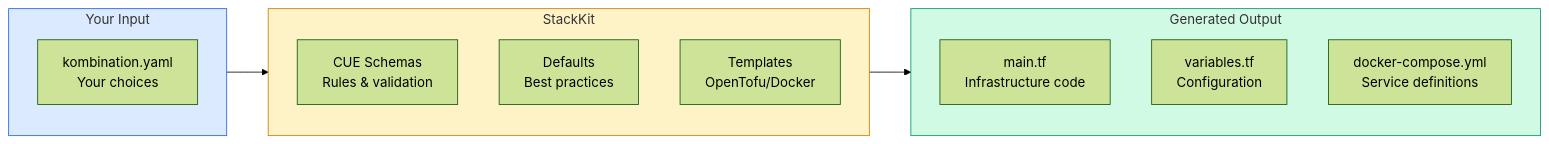
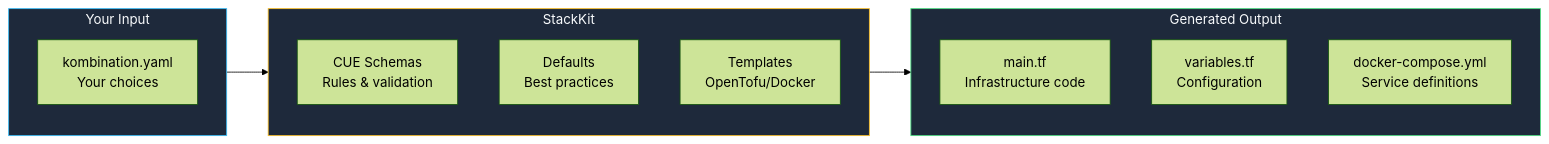
The first of 3 diagrams in stackkits/overview.mdx (KombiverseLabs/docs), drawn with Mermaid (forest theme) before and after one commit. The commit also changed other lines of this file and 33 other files, not shown here.

````diff
--- a/stackkits/overview.mdx
+++ b/stackkits/overview.mdx
@@ -13,25 +13,25 @@
 ```mermaid
 graph LR
     subgraph Input["Your Input"]
         YI["kombination.yaml<br/>Your choices"]
     end
     
     subgraph StackKit["StackKit"]
         CUE["CUE Schemas<br/>Rules & validation"]
         Defaults["Defaults<br/>Best practices"]
         Templates["Templates<br/>OpenTofu/Docker"]
     end
     
     subgraph Output["Generated Output"]
         TF["main.tf<br/>Infrastructure code"]
         Vars["variables.tf<br/>Configuration"]
         Compose["docker-compose.yml<br/>Service definitions"]
     end
     
     Input --> StackKit
     StackKit --> Output
     
-    style Input fill:#dbeafe,stroke:#2563eb
-    style StackKit fill:#fef3c7,stroke:#d97706
-    style Output fill:#d1fae5,stroke:#059669
+    style Input fill:#1e293b,stroke:#38bdf8,color:#f8fafc
+    style StackKit fill:#1e293b,stroke:#fbbf24,color:#f8fafc
+    style Output fill:#1e293b,stroke:#4ade80,color:#f8fafc
 ```
````
